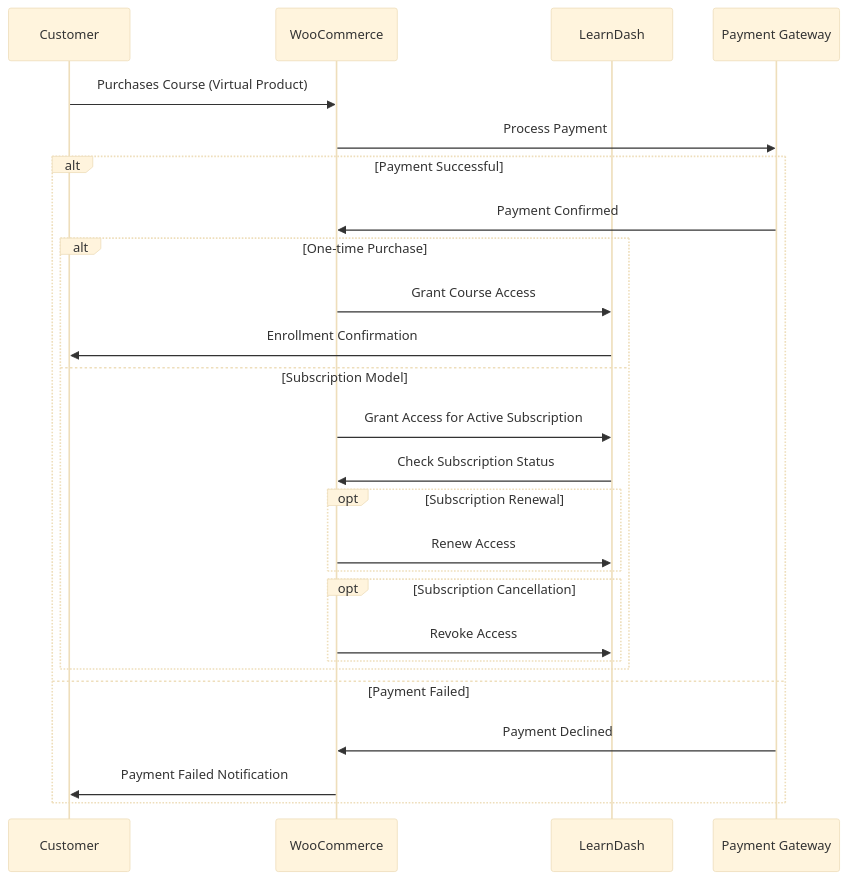
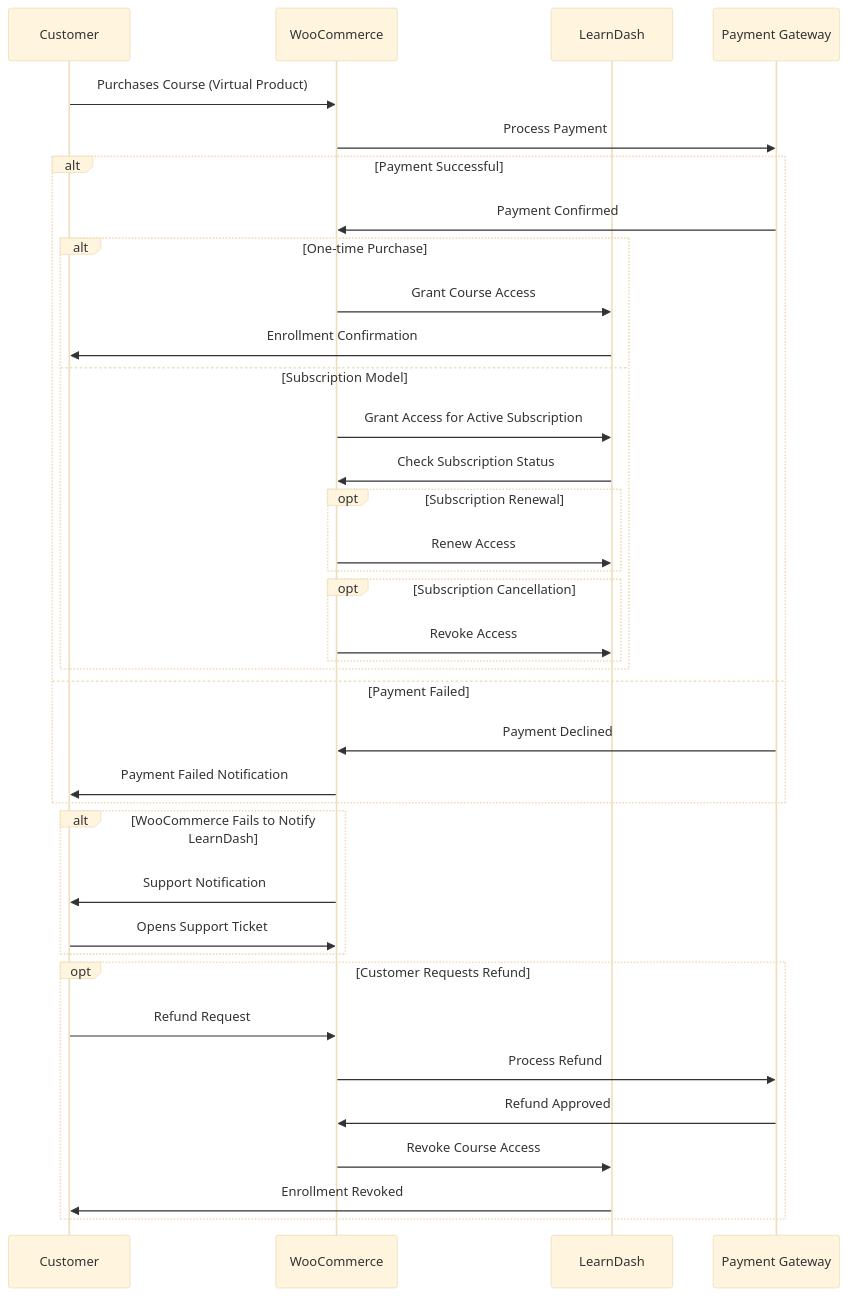
The diagram in docs/example.md (tomek-kowalski/next-technical-auth), drawn with Mermaid (base theme) before and after one commit. The commit also changed other lines of this file, not shown here.

Commit message:
table of contents added

````diff
--- a/docs/example.md
+++ b/docs/example.md
@@ -50,31 +62,45 @@
 ```mermaid
 sequenceDiagram
     participant Customer
     participant WooCommerce
     participant LearnDash
     participant Payment Gateway
 
     Customer->>WooCommerce: Purchases Course (Virtual Product)
     WooCommerce->>Payment Gateway: Process Payment
 
     alt Payment Successful
         Payment Gateway->>WooCommerce: Payment Confirmed
         alt One-time Purchase
             WooCommerce->>LearnDash: Grant Course Access
             LearnDash->>Customer: Enrollment Confirmation
         else Subscription Model
             WooCommerce->>LearnDash: Grant Access for Active Subscription
             LearnDash->>WooCommerce: Check Subscription Status
             opt Subscription Renewal
                 WooCommerce->>LearnDash: Renew Access
             end
             opt Subscription Cancellation
                 WooCommerce->>LearnDash: Revoke Access
             end
         end
     else Payment Failed
         Payment Gateway->>WooCommerce: Payment Declined
         WooCommerce->>Customer: Payment Failed Notification
     end
 
+    %% Edge Case: WooCommerce Fails to Notify LearnDash
+    alt WooCommerce Fails to Notify LearnDash
+        WooCommerce->>Customer: Support Notification
+        Customer->>WooCommerce: Opens Support Ticket
+    end
+
+    %% Refund Handling
+    opt Customer Requests Refund
+        Customer->>WooCommerce: Refund Request
+        WooCommerce->>Payment Gateway: Process Refund
+        Payment Gateway->>WooCommerce: Refund Approved
+        WooCommerce->>LearnDash: Revoke Course Access
+        LearnDash->>Customer: Enrollment Revoked
+    end
 ```
````
